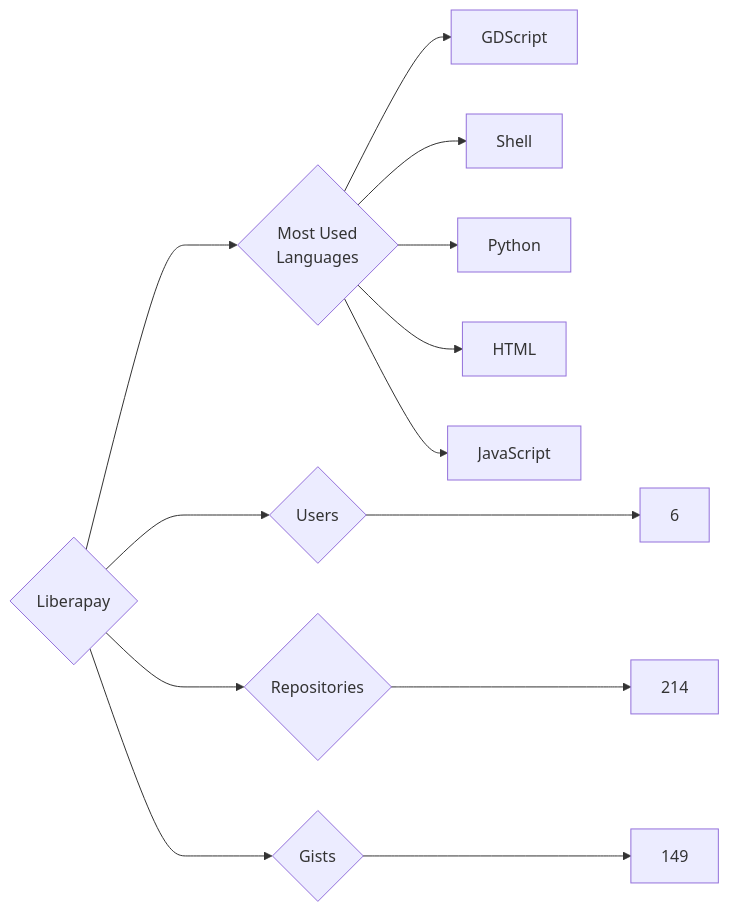
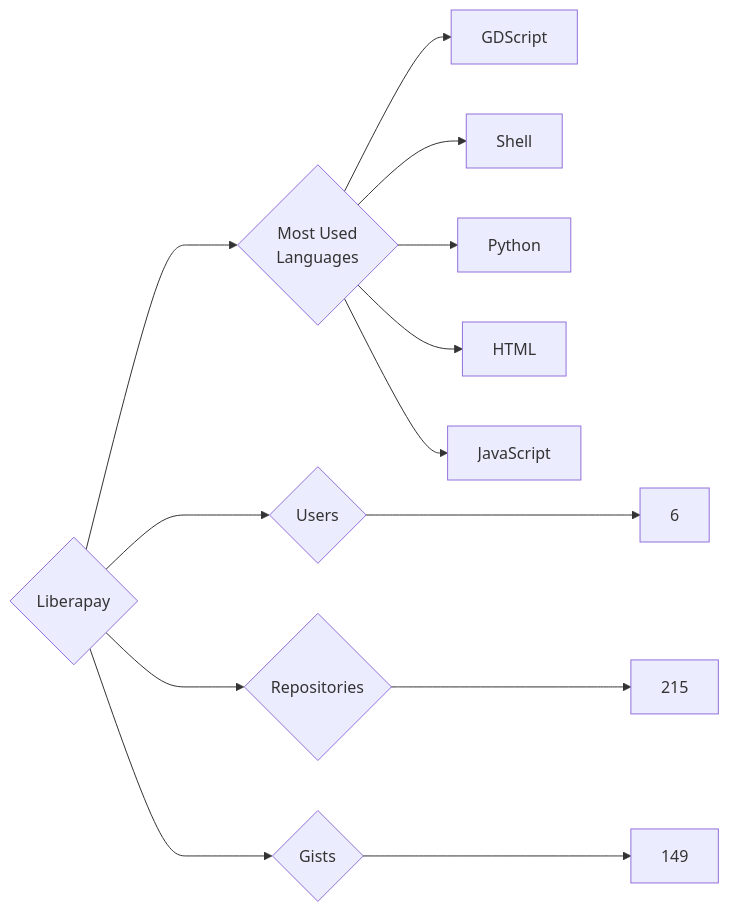
The diagram in targets/Liberapay/README.md (trickest/insiders), drawn with Mermaid before and after one commit. The commit also changed 953 other files, not shown here.

````diff
--- a/targets/Liberapay/README.md
+++ b/targets/Liberapay/README.md
@@ -3,13 +3,13 @@
 ```mermaid
 graph LR
 COMPANY_NAME{Liberapay}
 COMPANY_NAME ---> U{Users} ---> UN[6]
-COMPANY_NAME ---> R{Repositories} ---> RN[214]
+COMPANY_NAME ---> R{Repositories} ---> RN[215]
 COMPANY_NAME ---> G{Gists} ---> GN[149]
 COMPANY_NAME ---> ML{Most Used<br>Languages}
 ML --> GDScript[GDScript]
 ML --> Shell[Shell]
 ML --> Python[Python]
 ML --> HTML[HTML]
 ML --> JavaScript[JavaScript]
 ```
````
